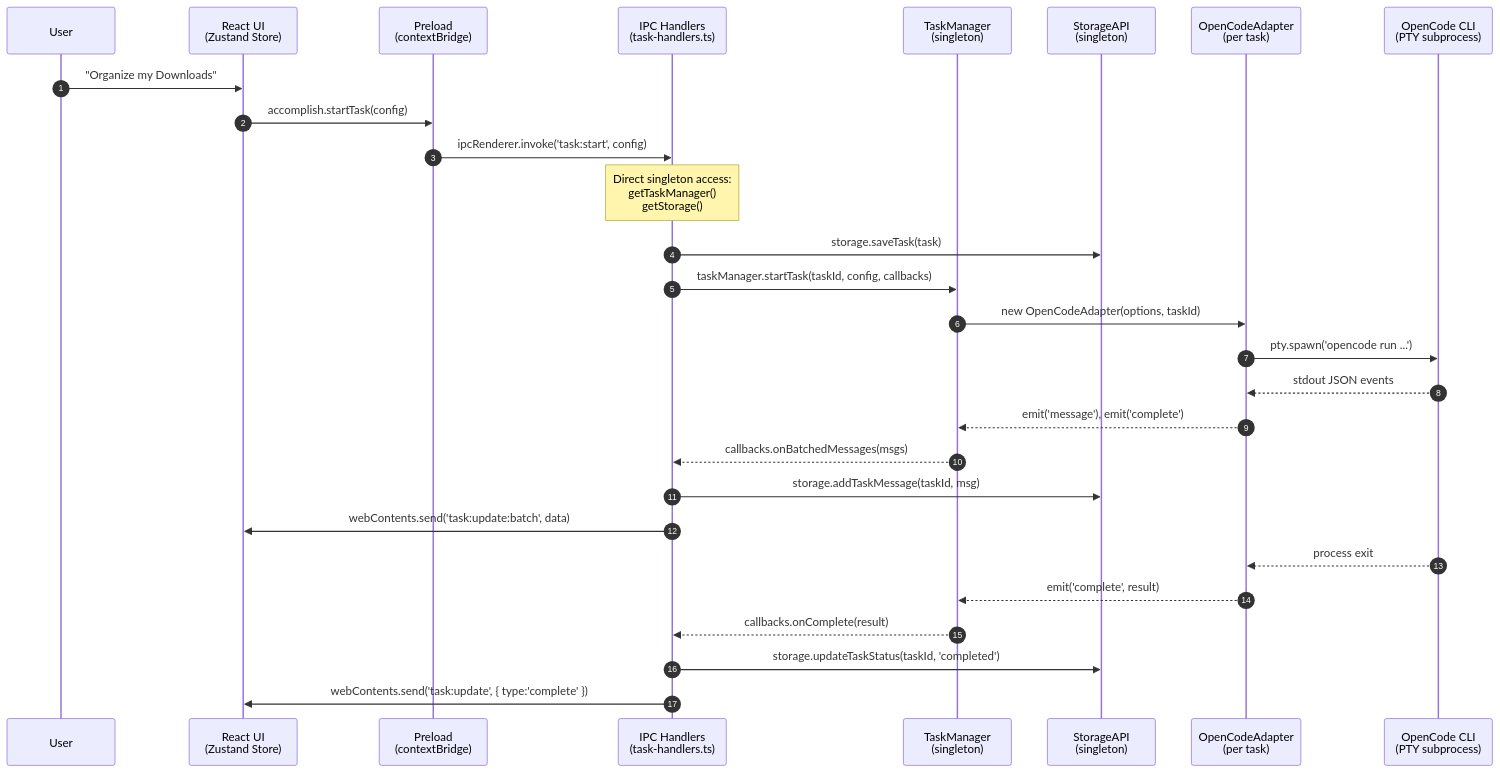
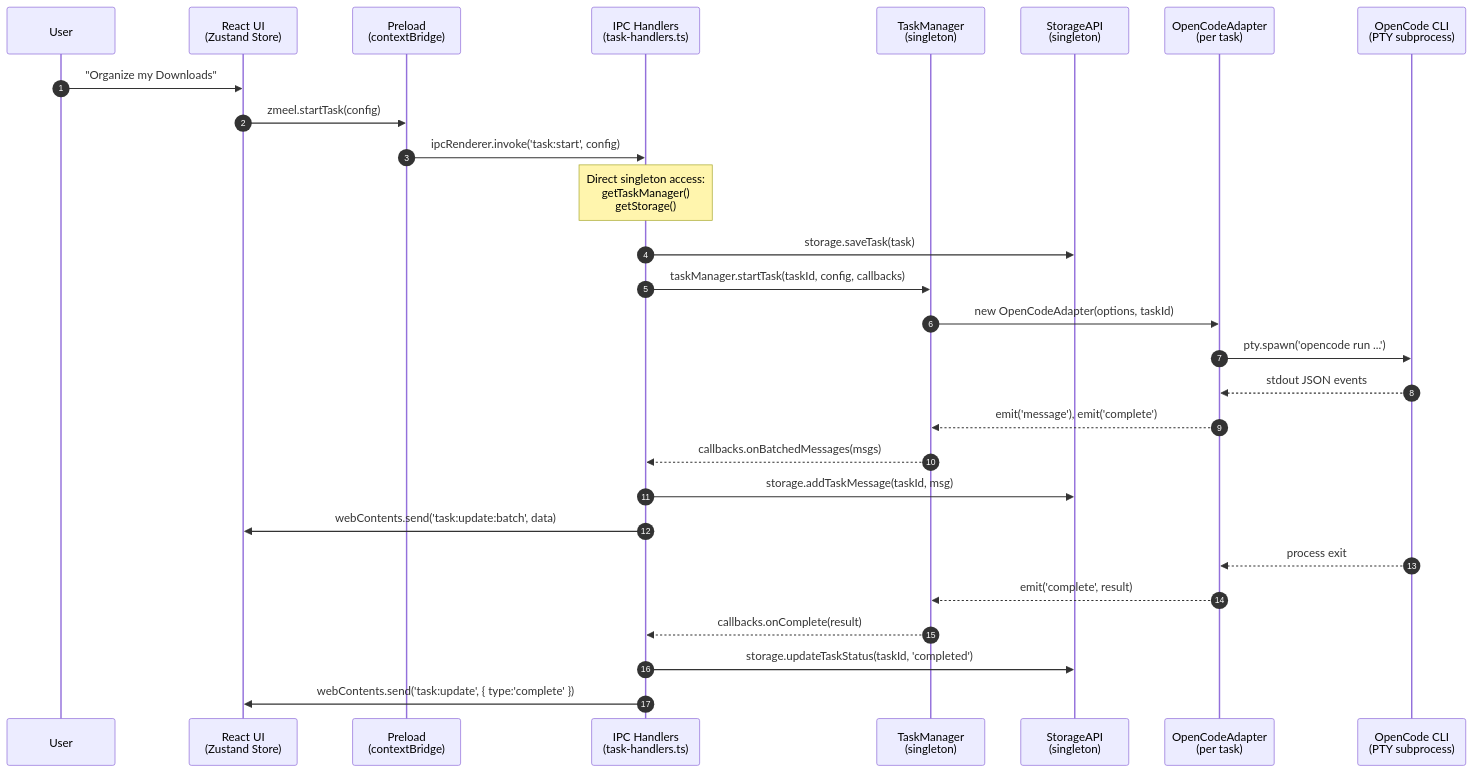
The first of 9 diagrams in docs/daemon-architecture.md (samskipsai/zmeelv60), drawn with Mermaid before and after one commit. The commit also changed other lines of this file and 520 other files, not shown here.

First line of the commit message:
rebrand: Accomplish -> Zmeel Desktop

````diff
--- a/docs/daemon-architecture.md
+++ b/docs/daemon-architecture.md
@@ -13,35 +13,35 @@
 ```mermaid
 sequenceDiagram
     autonumber
     participant User
     participant React as React UI<br/>(Zustand Store)
     participant Preload as Preload<br/>(contextBridge)
     participant IPC as IPC Handlers<br/>(task-handlers.ts)
     participant TM as TaskManager<br/>(singleton)
     participant Storage as StorageAPI<br/>(singleton)
     participant OCA as OpenCodeAdapter<br/>(per task)
     participant PTY as OpenCode CLI<br/>(PTY subprocess)
 
     User->>React: "Organize my Downloads"
-    React->>Preload: accomplish.startTask(config)
+    React->>Preload: zmeel.startTask(config)
     Preload->>IPC: ipcRenderer.invoke('task:start', config)
 
     Note over IPC: Direct singleton access:<br/>getTaskManager()<br/>getStorage()
 
     IPC->>Storage: storage.saveTask(task)
     IPC->>TM: taskManager.startTask(taskId, config, callbacks)
     TM->>OCA: new OpenCodeAdapter(options, taskId)
     OCA->>PTY: pty.spawn('opencode run ...')
 
     PTY-->>OCA: stdout JSON events
     OCA-->>TM: emit('message'), emit('complete')
     TM-->>IPC: callbacks.onBatchedMessages(msgs)
     IPC->>Storage: storage.addTaskMessage(taskId, msg)
     IPC->>React: webContents.send('task:update:batch', data)
 
     PTY-->>OCA: process exit
     OCA-->>TM: emit('complete', result)
     TM-->>IPC: callbacks.onComplete(result)
     IPC->>Storage: storage.updateTaskStatus(taskId, 'completed')
     IPC->>React: webContents.send('task:update', { type:'complete' })
 ```
````
